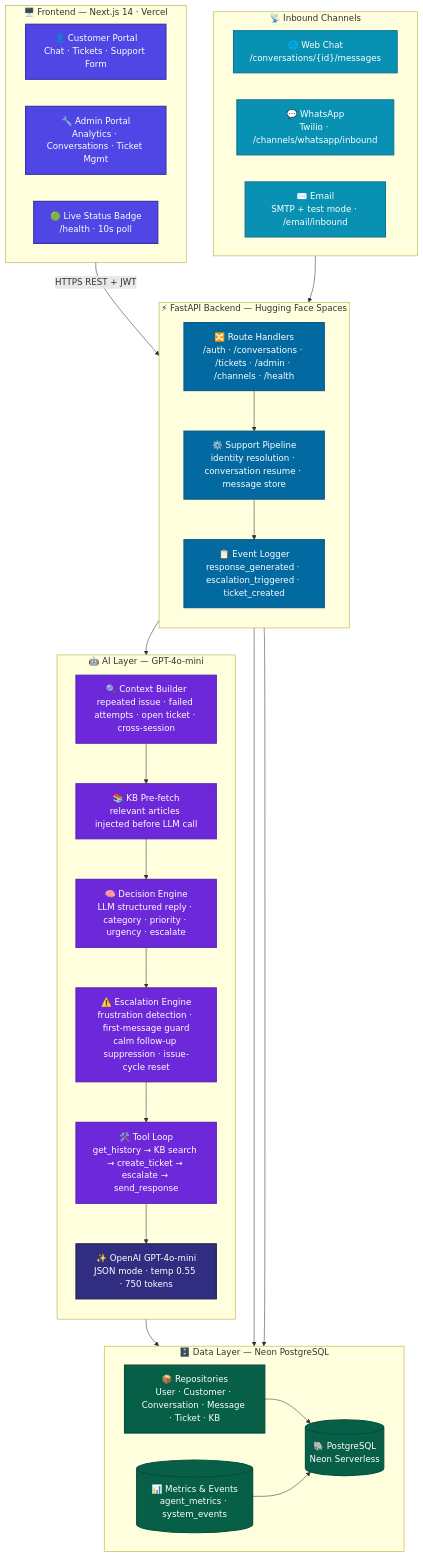
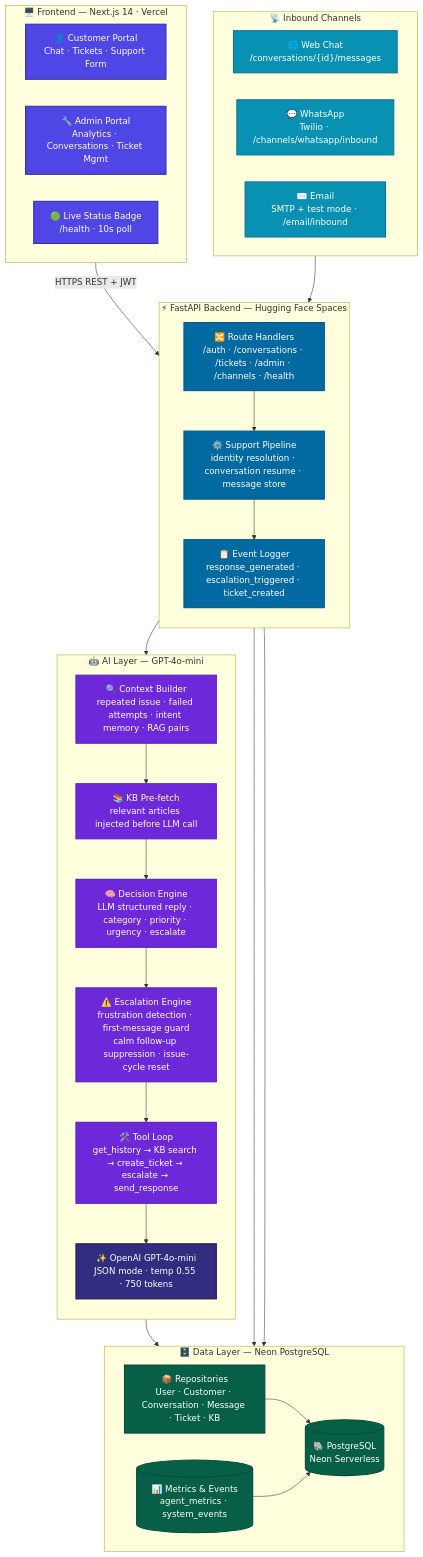
One commit to zohair-azmat-ai/Supportpilot-Ai-Digital-Fte changed the diagram in README.md. Above: the diagram before and after it, drawn with Mermaid. The commit also changed other lines of this file, not shown here.

First line of the commit message:
docs: polish README, update roadmap, and start Phase 6 planning

````diff
--- a/README.md
+++ b/README.md
@@ -217,70 +216,70 @@
 ```mermaid
 flowchart TD
     subgraph FrontendLayer["  🖥️ Frontend — Next.js 14 · Vercel  "]
         direction LR
         CustomerUI["👤 Customer Portal\nChat · Tickets · Support Form"]
         AdminUI["🔧 Admin Portal\nAnalytics · Conversations · Ticket Mgmt"]
         StatusUI["🟢 Live Status Badge\n/health · 10s poll"]
     end
 
     subgraph ChannelLayer["  📡 Inbound Channels  "]
         direction LR
         WebCh["🌐 Web Chat\n/conversations/{id}/messages"]
         WACh["💬 WhatsApp\nTwilio · /channels/whatsapp/inbound"]
         EmailCh["✉️ Email\nSMTP + test mode · /email/inbound"]
     end
 
     subgraph BackendLayer["  ⚡ FastAPI Backend — Hugging Face Spaces  "]
         direction TB
         Routes["🔀 Route Handlers\n/auth · /conversations · /tickets · /admin · /channels · /health"]
         Pipeline["⚙️ Support Pipeline\nidentity resolution · conversation resume · message store"]
         EventLog["📋 Event Logger\nresponse_generated · escalation_triggered · ticket_created"]
     end
 
     subgraph AILayer["  🤖 AI Layer — GPT-4o-mini  "]
         direction TB
-        CtxBuilder["🔍 Context Builder\nrepeated issue · failed attempts · open ticket · cross-session"]
+        CtxBuilder["🔍 Context Builder\nrepeated issue · failed attempts · intent memory · RAG pairs"]
         KBFetch["📚 KB Pre-fetch\nrelevant articles injected before LLM call"]
         DecisionEng["🧠 Decision Engine\nLLM structured reply · category · priority · urgency · escalate"]
         EscEngine["⚠️ Escalation Engine\nfrustration detection · first-message guard\ncalm follow-up suppression · issue-cycle reset"]
         ToolLoop["🛠️ Tool Loop\nget_history → KB search → create_ticket → escalate → send_response"]
         LLM["✨ OpenAI GPT-4o-mini\nJSON mode · temp 0.55 · 750 tokens"]
     end
 
     subgraph DataLayer["  🗄️ Data Layer — Neon PostgreSQL  "]
         direction LR
         Repos["📦 Repositories\nUser · Customer · Conversation · Message · Ticket · KB"]
         PG[("🐘 PostgreSQL\nNeon Serverless")]
         Metrics[("📊 Metrics & Events\nagent_metrics · system_events")]
     end
 
     FrontendLayer -->|"HTTPS REST + JWT"| Routes
     ChannelLayer --> Routes
     Routes --> Pipeline
     Pipeline --> CtxBuilder
     CtxBuilder --> KBFetch
     KBFetch --> DecisionEng
     DecisionEng --> EscEngine
     EscEngine --> ToolLoop
     ToolLoop --> LLM
     ToolLoop --> Repos
     Pipeline --> EventLog
     Pipeline --> Repos
     EventLog --> Metrics
     Repos --> PG
     Metrics --> PG
 
     classDef frontendStyle fill:#4f46e5,stroke:#3730a3,stroke-width:2px,color:#fff
     classDef channelStyle fill:#0891b2,stroke:#0e7490,stroke-width:2px,color:#fff
     classDef backendStyle fill:#0369a1,stroke:#075985,stroke-width:2px,color:#fff
     classDef aiStyle fill:#6d28d9,stroke:#5b21b6,stroke-width:2px,color:#fff
     classDef llmStyle fill:#312e81,stroke:#1e1b4b,stroke-width:2px,color:#fff
     classDef dbStyle fill:#065f46,stroke:#064e3b,stroke-width:2px,color:#fff
 
     class CustomerUI,AdminUI,StatusUI frontendStyle
     class WebCh,WACh,EmailCh channelStyle
     class Routes,Pipeline,EventLog backendStyle
     class CtxBuilder,KBFetch,DecisionEng,EscEngine,ToolLoop aiStyle
     class LLM llmStyle
     class Repos,PG,Metrics dbStyle
 ```
````
